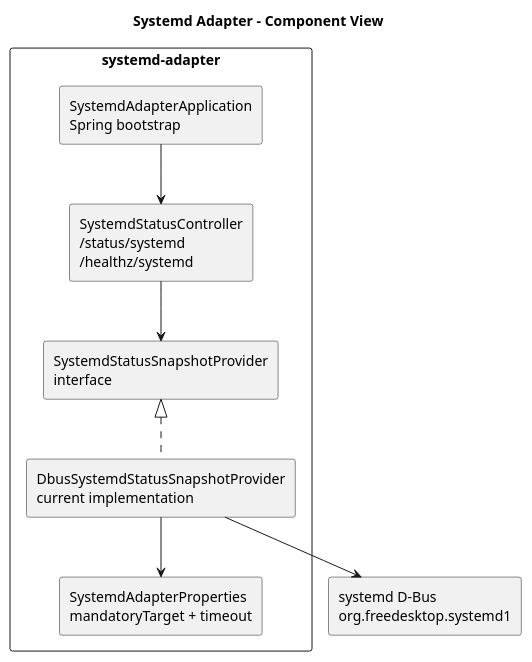
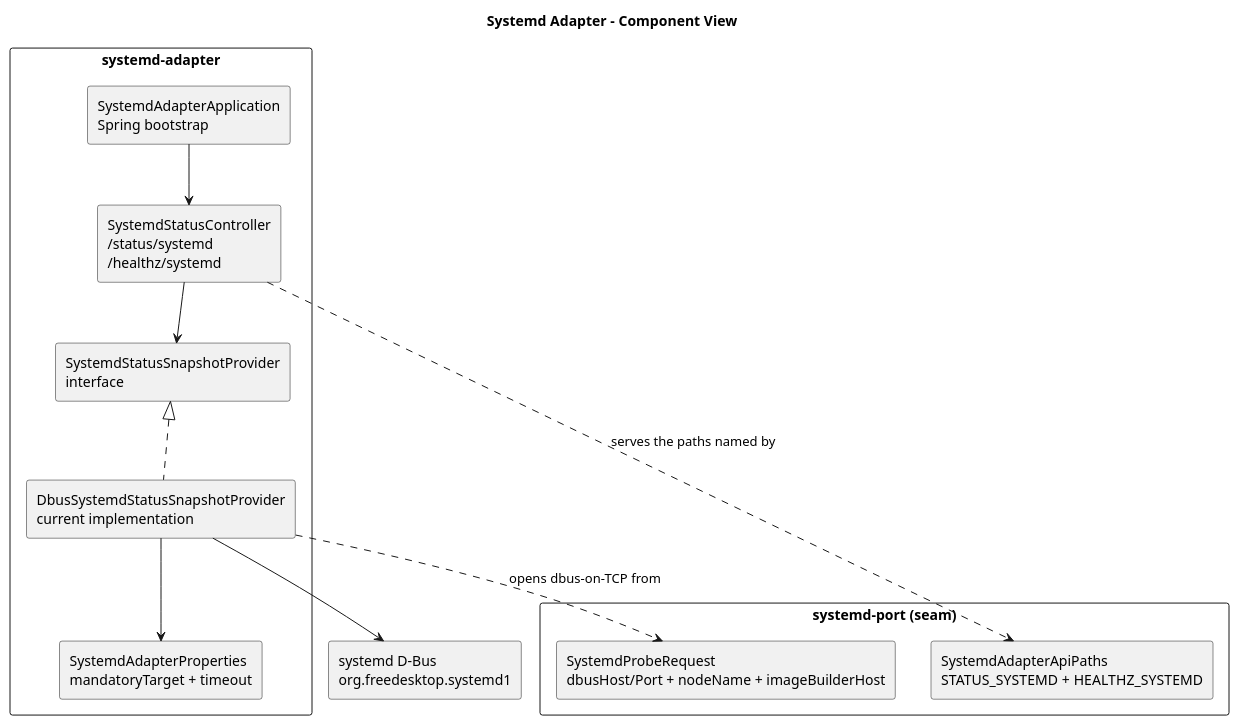
One commit to nxmatic/rke2lab changed the third of 4 diagrams in docs/architecture/systemd/systemd-dbus-adapter-architecture.adoc. Above: the diagram before and after it, drawn with PlantUML. The commit also changed other lines of this file and 13 other files, not shown here.

```diff
--- a/docs/architecture/systemd/systemd-dbus-adapter-architecture.adoc
+++ b/docs/architecture/systemd/systemd-dbus-adapter-architecture.adoc
@@ -105,26 +105,33 @@
 [plantuml,systemd-adapter-components,svg]
 ----
 @startuml
 top to bottom direction
 skinparam shadowing false
 skinparam packageStyle rectangle
 
 title Systemd Adapter - Component View
 
 package "systemd-adapter" {
   rectangle "SystemdAdapterApplication\nSpring bootstrap" as app
   rectangle "SystemdStatusController\n/status/systemd\n/healthz/systemd" as controller
   rectangle "SystemdStatusSnapshotProvider\ninterface" as provider
   rectangle "DbusSystemdStatusSnapshotProvider\ncurrent implementation" as dbusProvider
   rectangle "SystemdAdapterProperties\nmandatoryTarget + timeout" as props
 }
 
+package "systemd-port (seam)" {
+  rectangle "SystemdAdapterApiPaths\nSTATUS_SYSTEMD + HEALTHZ_SYSTEMD" as apiPaths
+  rectangle "SystemdProbeRequest\ndbusHost/Port + nodeName + imageBuilderHost" as probeReq
+}
+
 rectangle "systemd D-Bus\norg.freedesktop.systemd1" as systemdDbus
 
 app --> controller
+controller ..> apiPaths : serves the paths named by
 controller --> provider
 provider <|.. dbusProvider
+dbusProvider ..> probeReq : opens dbus-on-TCP from
 dbusProvider --> props
 dbusProvider --> systemdDbus
 @enduml
 ----
```
